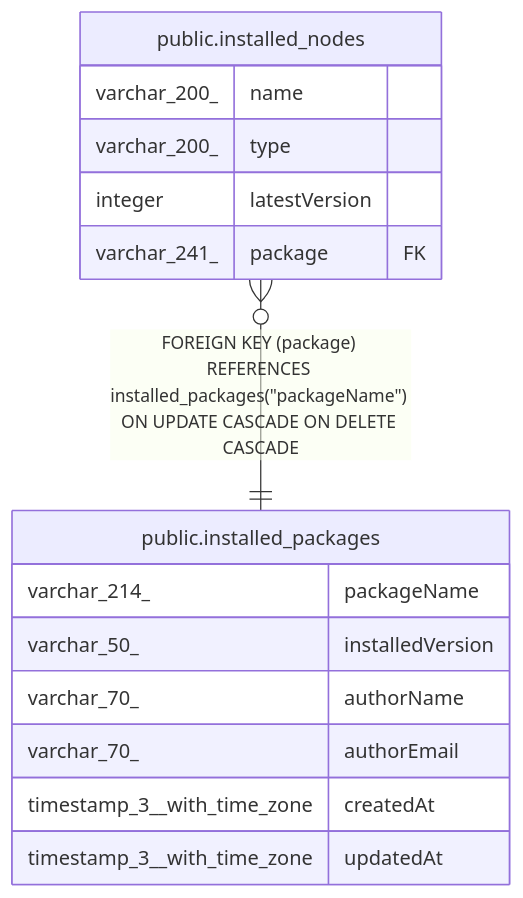
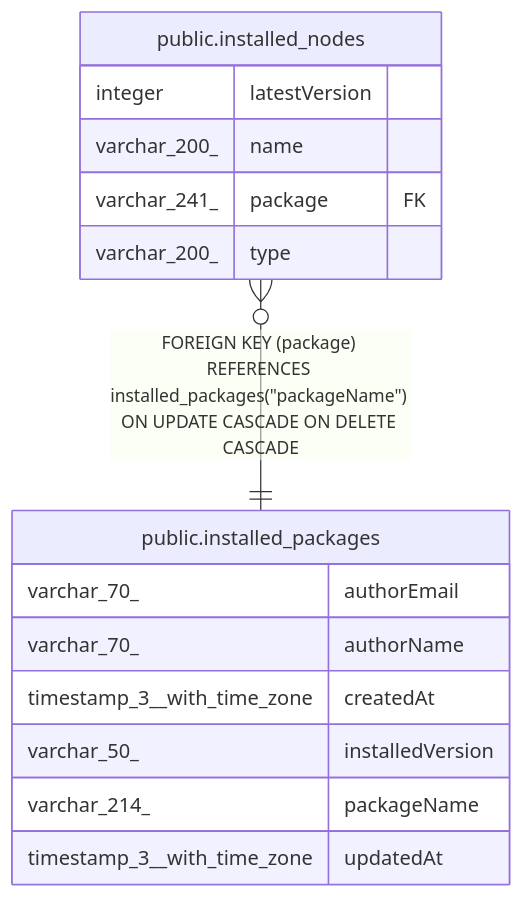
The diagram in docs/generated/postgres-schema/public.installed_packages.md (mayankjain1815-commits/n8n), drawn with Mermaid before and after one commit. The commit also changed other lines of this file and 221 other files, not shown here.

Commit message:
chore(core): Make DB schema docs generation deterministic (#32373)

````diff
--- a/docs/generated/postgres-schema/public.installed_packages.md
+++ b/docs/generated/postgres-schema/public.installed_packages.md
@@ -32,20 +32,20 @@
 ```mermaid
 erDiagram
 
 "public.installed_nodes" }o--|| "public.installed_packages" : "FOREIGN KEY (package) REFERENCES installed_packages(#quot;packageName#quot;) ON UPDATE CASCADE ON DELETE CASCADE"
 
 "public.installed_packages" {
+  varchar_70_ authorEmail
+  varchar_70_ authorName
+  timestamp_3__with_time_zone createdAt
+  varchar_50_ installedVersion
   varchar_214_ packageName
-  varchar_50_ installedVersion
-  varchar_70_ authorName
-  varchar_70_ authorEmail
-  timestamp_3__with_time_zone createdAt
   timestamp_3__with_time_zone updatedAt
 }
 "public.installed_nodes" {
+  integer latestVersion
   varchar_200_ name
+  varchar_241_ package FK
   varchar_200_ type
-  integer latestVersion
-  varchar_241_ package FK
 }
 ```
````
